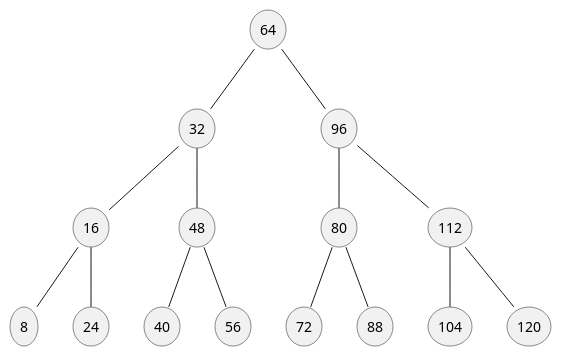
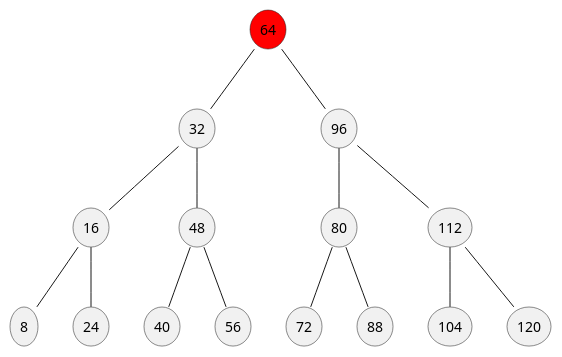
The eighth of 8 diagrams in images.puml (OpenRailAssociation/rcm-dx), drawn with PlantUML before and after one commit. The commit also changed other lines of this file and 5 other files, not shown here.

Commit message:
TIM-1111: New SBB-Logo added; minor changes in readme.md; new diagram images in specification; color changes in latex theme to match SBB restrictions.

```diff
--- a/images.puml
+++ b/images.puml
@@ -134,34 +348,34 @@
 @startuml binaryTree
 
-storage 64
-storage 32
-storage 16
-storage 8
-storage 24
-storage 48
-storage 96
-storage 80
-storage 112
-storage 72
-storage 88
-storage 104
-storage 120
-storage 40
-storage 56
+  storage 64 #Red
+  storage 32
+  storage 16
+  storage 8
+  storage 24
+  storage 48
+  storage 96
+  storage 80
+  storage 112
+  storage 72
+  storage 88
+  storage 104
+  storage 120
+  storage 40
+  storage 56
 
-64 -- 32
-64 -- 96
-96 -- 80
-96 -- 112
-80 -- 72
-80 -- 88
-112 -- 104
-112 -- 120
-32 -- 16
-32 -- 48
-16 -- 8
-16 -- 24
-48 -- 40
-48 -- 56
+  64 -- 32
+  64 -- 96
+  96 -- 80
+  96 -- 112
+  80 -- 72
+  80 -- 88
+  112 -- 104
+  112 -- 120
+  32 -- 16
+  32 -- 48
+  16 -- 8
+  16 -- 24
+  48 -- 40
+  48 -- 56
 
 @enduml
```
